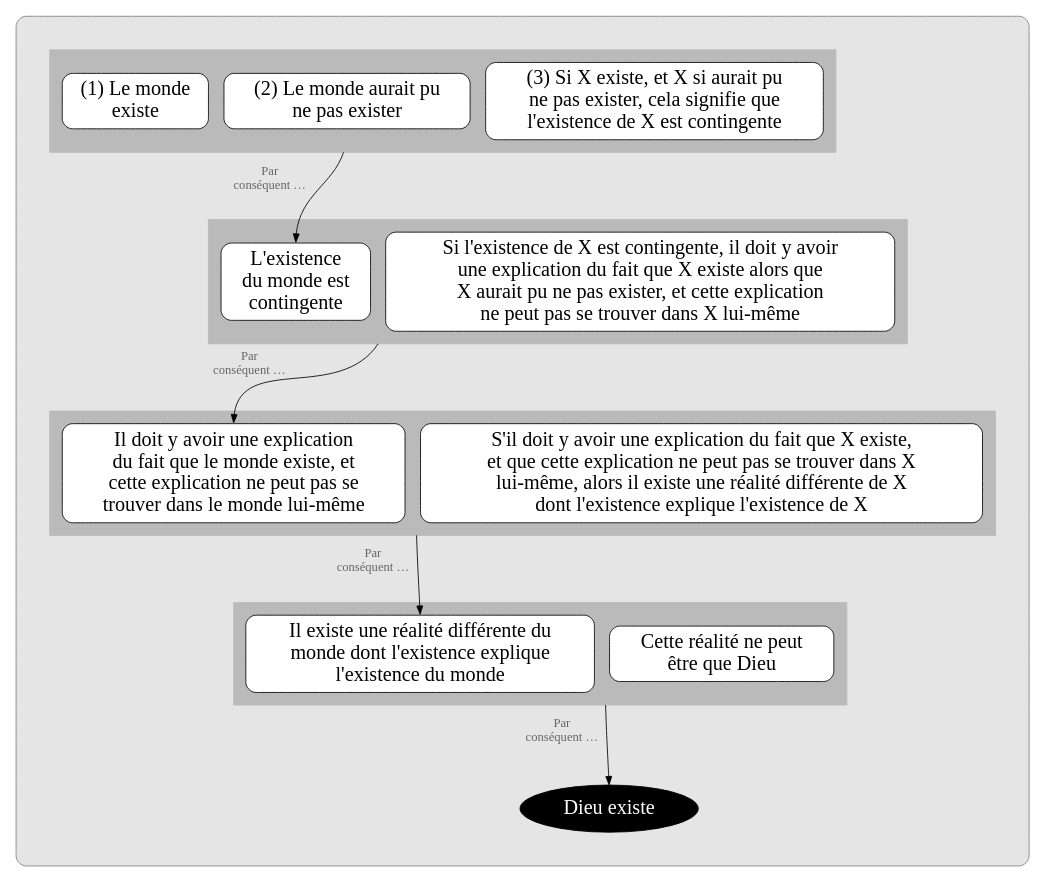
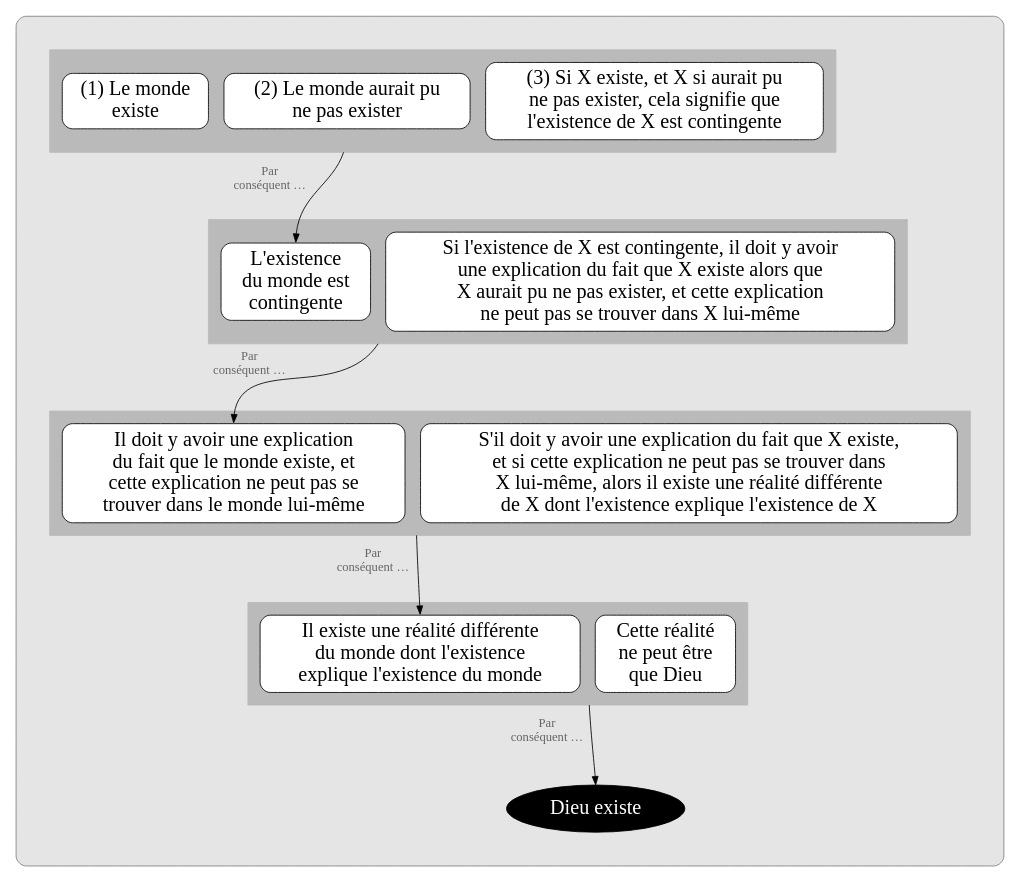
One commit to eyssette/graphviz-examples changed the diagram in argument/argument-cosmologique1.dot. Above: the diagram before and after it, drawn with Graphviz.

```diff
--- a/argument/argument-cosmologique1.dot
+++ b/argument/argument-cosmologique1.dot
@@ -1,116 +1,117 @@
 digraph G {
 splines=true
 newrank=true
 compound=true
 
 
 node[color=red3, style="rounded, filled", shape="box", fillcolor=white, penwidth=1, fontcolor=black, fontsize=16, margin=0.1]
 
 
 node[shape=box, fillcolor=white, style="filled,rounded", color=black, fontsize=24, penwidth=1,fontcolor=black, margin=0.1]
 edge[minlen=2,color=red3, penwidth=0.8, arrowsize=0.8, label=" Mais …", fontcolor=red4,fontsize=12]
 //{rank=same;o1->p1[dir=back]}
 
 
 subgraph cluster_0 {
 bgcolor=grey90
 style=rounded
 color=grey50
 margin=40
 
 
 
 node[shape=box, fillcolor=white, style="filled,rounded", color=black]
 edge[label="",xlabel="Par
 conséquent …",fontcolor=grey40;fontsize=15,minlen=3,color=black,penwidth=1, arrowsize=1]
 
 
 
 subgraph cluster_1 {
 style="box"
 margin=15
 bgcolor=grey73
 color=grey73
 
 p1[label="(1) Le monde
 existe"]
 p2[label="(2) Le monde aurait pu
 ne pas exister"]
 p3[label="(3) Si X existe, et X si aurait pu
 ne pas exister, cela signifie que
 l'existence de X est contingente"]
 }
 
 
 {rank=same;p1->p2->p3[style=invis,xlabel="",minlen=1]}
 
 //p2:s->p3:n[ltail=cluster_1]
 //p2:w->p3:n[ltail=cluster_1]
 //p3[label="(3) Lemme 1"]
 
 p2:s->p4:n[ltail=cluster_1]
 
 subgraph cluster_2 {
 style="box"
 margin=15
 bgcolor=grey73
 color=grey73
 p4[label="L'existence
 du monde est
 contingente"]
 
 p5[label="Si l'existence de X est contingente, il doit y avoir
 une explication du fait que X existe alors que
 X aurait pu ne pas exister, et cette explication
 ne peut pas se trouver dans X lui-même"]
 }
 {rank=same;p4->p5[style=invis,xlabel="",minlen=1]}
 
 p5:w->p6:n[ltail=cluster_2]
 
 
 subgraph cluster_3 {
 style="box"
 margin=15
 bgcolor=grey73
 color=grey73
 p6[label="Il doit y avoir une explication
 du fait que le monde existe, et
 cette explication ne peut pas se
 trouver dans le monde lui-même"]
 
 p7[label="S'il doit y avoir une explication du fait que X existe,
-et que cette explication ne peut pas se trouver dans X
-lui-même, alors il existe une réalité différente de X
-dont l'existence explique l'existence de X"]
+et si cette explication ne peut pas se trouver dans
+X lui-même, alors il existe une réalité différente
+de X dont l'existence explique l'existence de X"]
 }
 {rank=same;p6->p7[style=invis,xlabel="",minlen=1]}
 
 p7:w->p8:n[ltail=cluster_3]
 
 
 subgraph cluster_4 {
 style="box"
 margin=15
 bgcolor=grey73
 color=grey73
-p8[label="Il existe une réalité différente du
-monde dont l'existence explique
-l'existence du monde"]
-p9[label="Cette réalité ne peut
-être que Dieu"]
+p8[label="Il existe une réalité différente
+du monde dont l'existence
+explique l'existence du monde"]
+p9[label="Cette réalité
+ne peut être
+que Dieu"]
 }
 {rank=same;p8->p9[style=invis,xlabel="",minlen=1]}
 
 p9:w->C:n[ltail=cluster_4]
 
 C[label="Dieu existe",fillcolor=black, fontcolor=white, color=black, shape=ellipse]
 
 
 }
 
 node[color=red3, style="rounded, filled", shape="box", fillcolor=white, penwidth=1, fontcolor=black, fontsize=16, margin=0.1]
 
 //{rank=same;p4->o2}
 
 }
```
